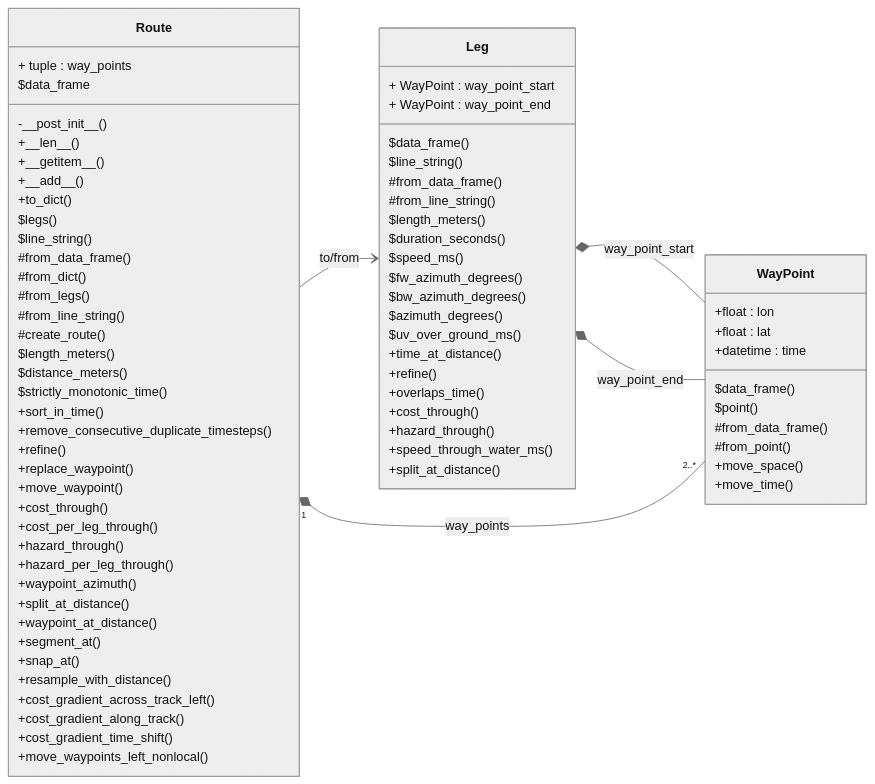
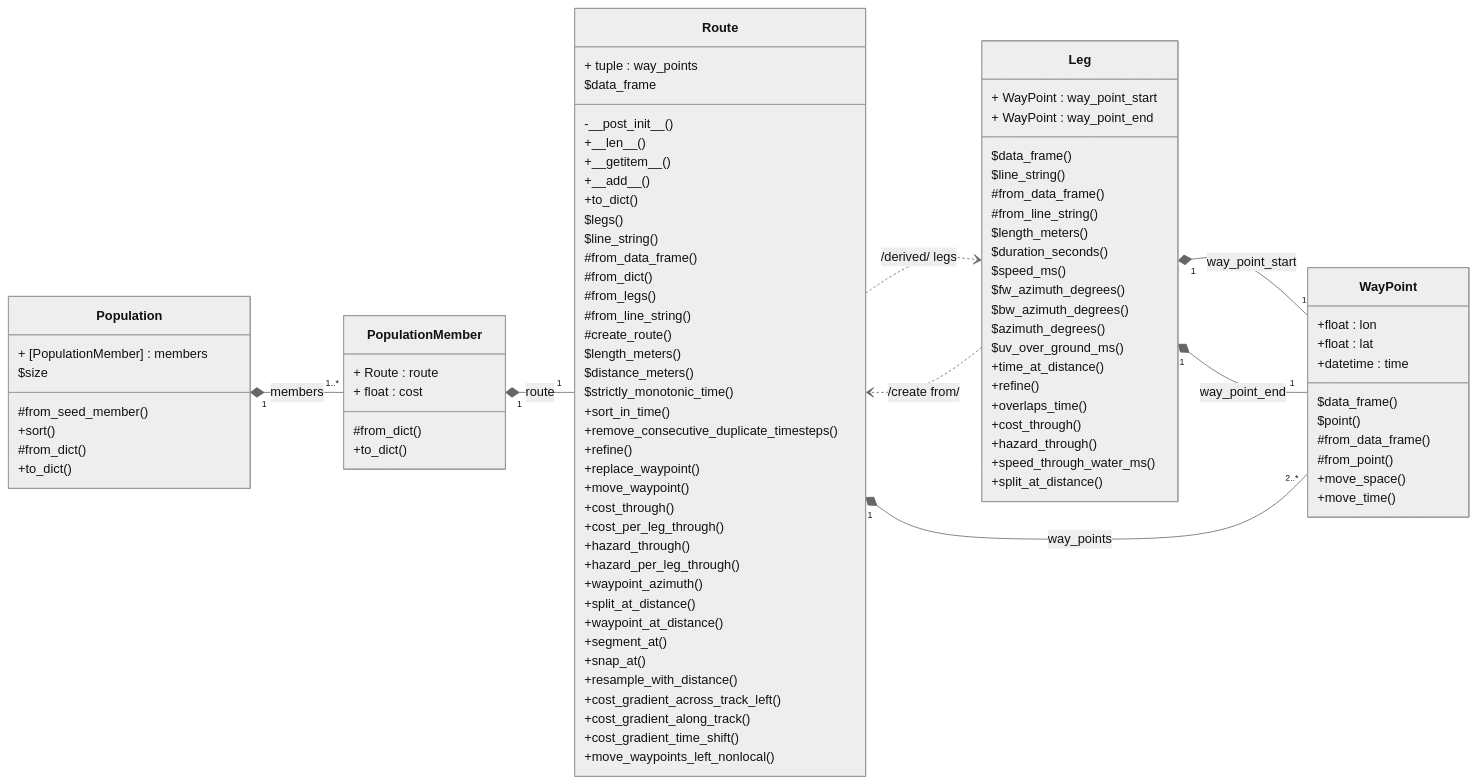
One commit to willirath/ship_routing changed the second of 2 diagrams in notes/DEV.md. Above: the diagram before and after it, drawn with Mermaid (neutral theme). The commit also changed other lines of this file, not shown here.

Commit message:
Include population in notes

```diff
--- a/notes/DEV.md
+++ b/notes/DEV.md
@@ -75,10 +39,32 @@
 classDiagram
     direction LR
 
-    Leg *-- WayPoint : way_point_start
-    Leg *-- WayPoint : way_point_end
+    PopulationMember "1" *-- "1" Route : route
+    Population "1" *-- "1..*" PopulationMember : members
+
+    class PopulationMember {
+        + Route : route
+        + float : cost
+
+        #from_dict()
+        +to_dict()
+    }
+
+    class Population {
+        + [PopulationMember] : members
+
+        $size
+        #from_seed_member()
+        +sort()
+        #from_dict()
+        +to_dict()
+    }
+
+    Leg "1" *-- "1" WayPoint : way_point_start
+    Leg "1" *-- "1" WayPoint : way_point_end
     Route "1" *-- "2..*" WayPoint : way_points
-    Route --> Leg : to/from
+    Route ..> Leg : /derived/ legs
+    Leg ..> Route : /create from/
 
     class WayPoint{
         +float : lon
```
